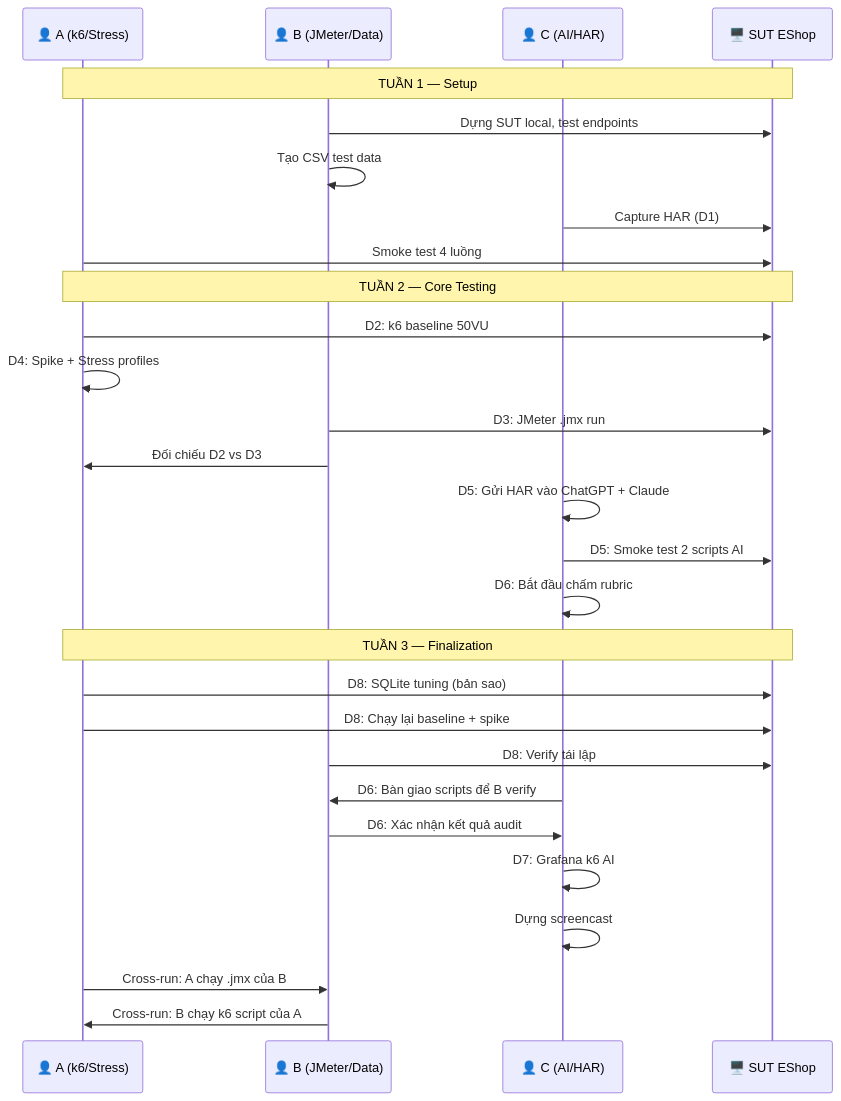
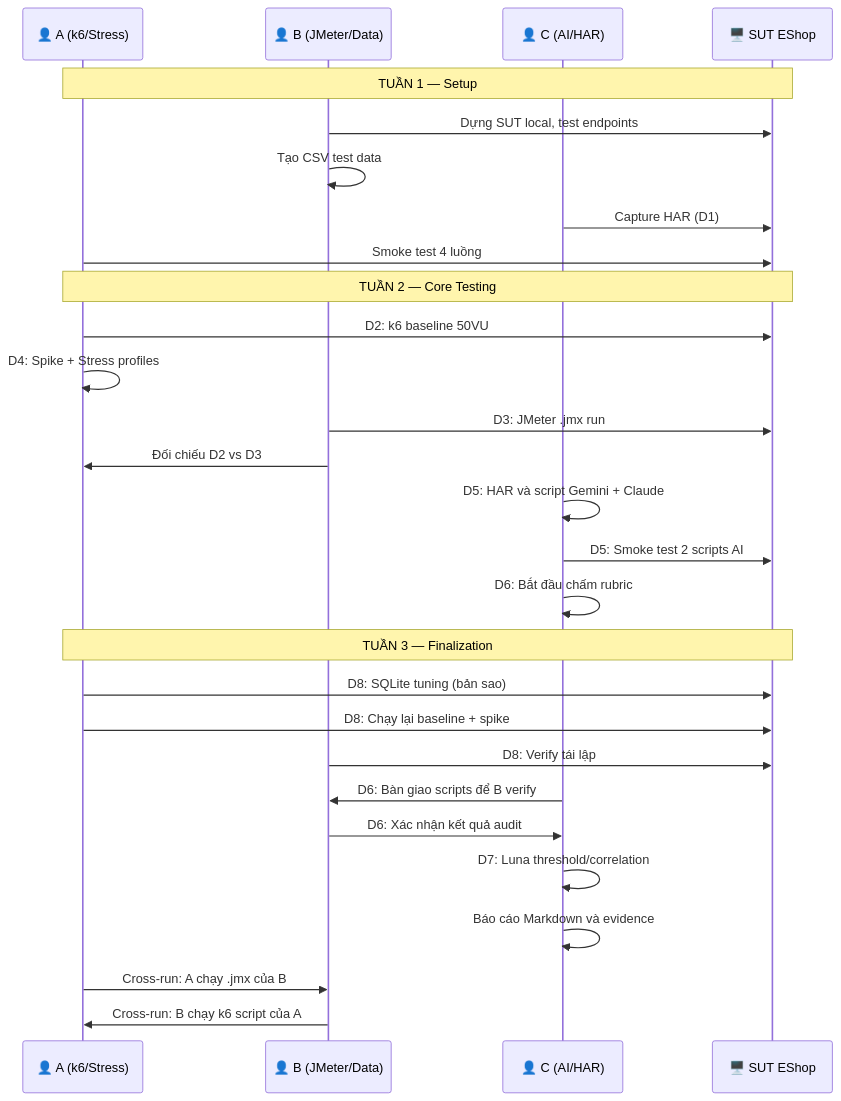
The fifth of 6 diagrams in docs/Task_Assignment_Detail.md (minhthang2k5/eshop-sut), drawn with Mermaid before and after one commit. The commit also changed other lines of this file and 34 other files, not shown here.

````diff
--- a/docs/Task_Assignment_Detail.md
+++ b/docs/Task_Assignment_Detail.md
@@ -208,33 +210,33 @@
 ```mermaid
 sequenceDiagram
     participant A as 👤 A (k6/Stress)
     participant B as 👤 B (JMeter/Data)
     participant C as 👤 C (AI/HAR)
     participant SUT as 🖥️ SUT EShop
 
     Note over A,SUT: TUẦN 1 — Setup
     B->>SUT: Dựng SUT local, test endpoints
     B->>B: Tạo CSV test data
     C->>SUT: Capture HAR (D1)
     A->>SUT: Smoke test 4 luồng
 
     Note over A,SUT: TUẦN 2 — Core Testing
     A->>SUT: D2: k6 baseline 50VU
     A->>A: D4: Spike + Stress profiles
     B->>SUT: D3: JMeter .jmx run
     B->>A: Đối chiếu D2 vs D3
-    C->>C: D5: Gửi HAR vào ChatGPT + Claude
+    C->>C: D5: HAR và script Gemini + Claude
     C->>SUT: D5: Smoke test 2 scripts AI
     C->>C: D6: Bắt đầu chấm rubric
 
     Note over A,SUT: TUẦN 3 — Finalization
     A->>SUT: D8: SQLite tuning (bản sao)
     A->>SUT: D8: Chạy lại baseline + spike
     B->>SUT: D8: Verify tái lập
     C->>B: D6: Bàn giao scripts để B verify
     B->>C: D6: Xác nhận kết quả audit
-    C->>C: D7: Grafana k6 AI
-    C->>C: Dựng screencast
+    C->>C: D7: Luna threshold/correlation
+    C->>C: Báo cáo Markdown và evidence
     A->>B: Cross-run: A chạy .jmx của B
     B->>A: Cross-run: B chạy k6 script của A
 ```
````
